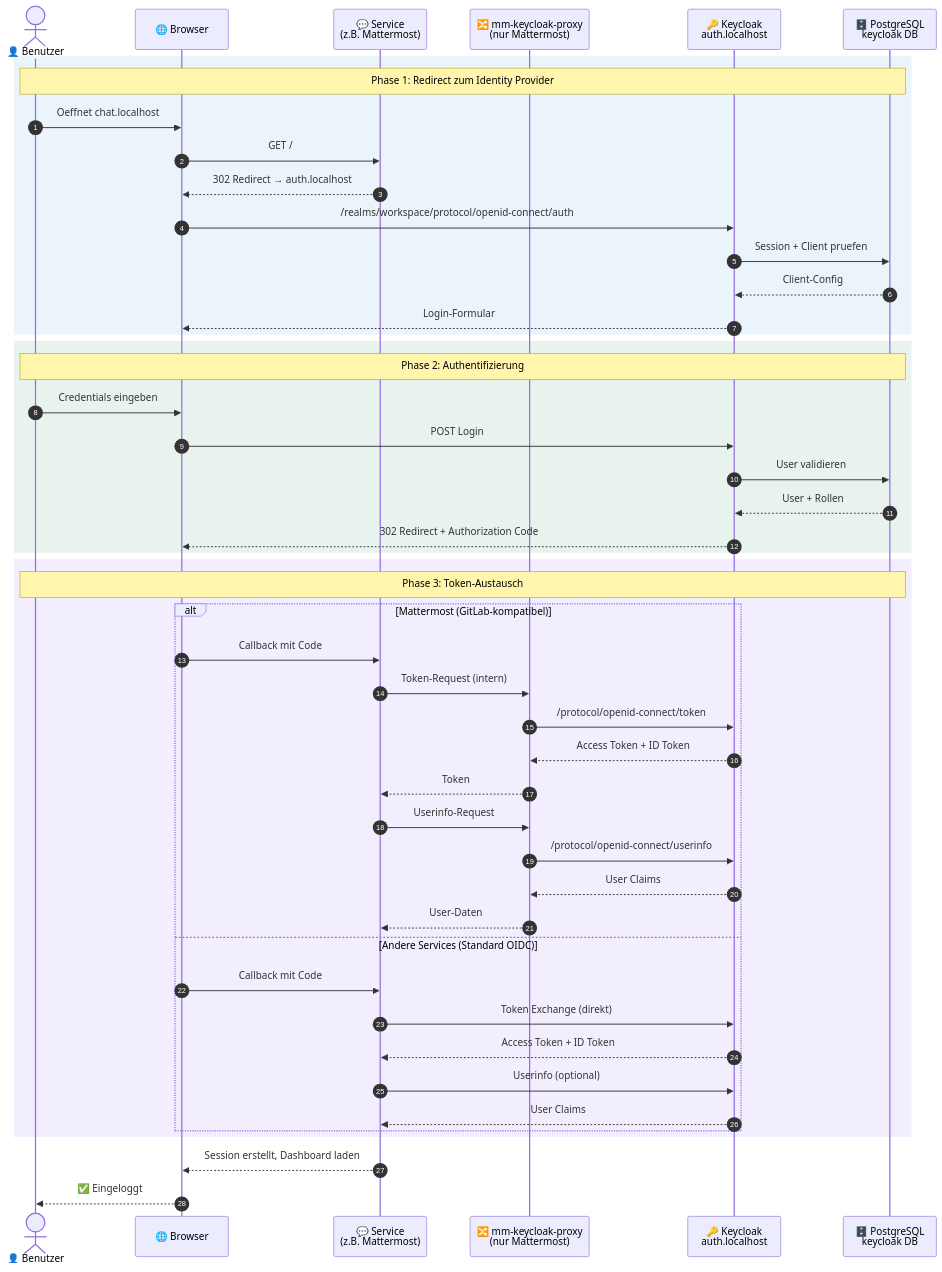
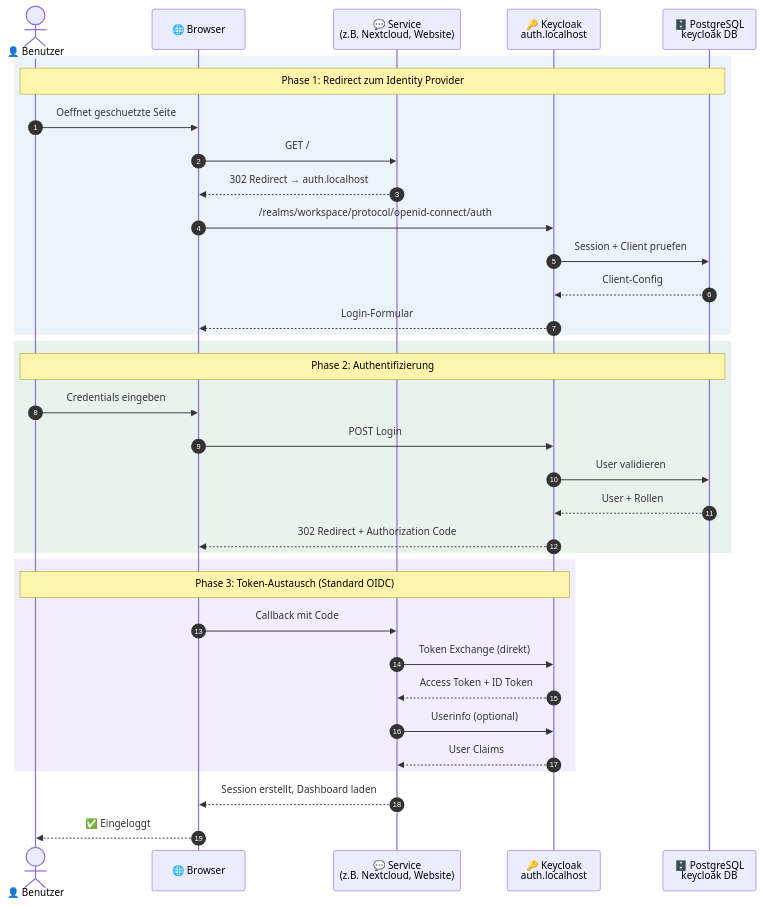
Before and after one commit to Paddione/Bachelorprojekt: the second of 10 diagrams in docs/architecture.md, drawn with Mermaid. The commit also changed other lines of this file and 11 other files, not shown here.

First line of the commit message:
docs: overhaul documentation to reflect current architecture

````diff
--- a/docs/architecture.md
+++ b/docs/architecture.md
@@ -205,55 +178,42 @@
 ```mermaid
 sequenceDiagram
     autonumber
 
     actor User as 👤 Benutzer
     participant Browser as 🌐 Browser
-    participant Service as 💬 Service<br/>(z.B. Mattermost)
-    participant Proxy as 🔀 mm-keycloak-proxy<br/>(nur Mattermost)
+    participant Service as 💬 Service<br/>(z.B. Nextcloud, Website)
     participant KC as 🔑 Keycloak<br/>auth.localhost
     participant DB as 🗄️ PostgreSQL<br/>keycloak DB
 
     rect rgba(74, 144, 217, 0.1)
         Note over User,DB: Phase 1: Redirect zum Identity Provider
-        User ->> Browser: Oeffnet chat.localhost
+        User ->> Browser: Oeffnet geschuetzte Seite
         Browser ->> Service: GET /
         Service -->> Browser: 302 Redirect → auth.localhost
         Browser ->> KC: /realms/workspace/protocol/openid-connect/auth
         KC ->> DB: Session + Client pruefen
         DB -->> KC: Client-Config
         KC -->> Browser: Login-Formular
     end
 
     rect rgba(45, 134, 89, 0.1)
         Note over User,DB: Phase 2: Authentifizierung
         User ->> Browser: Credentials eingeben
         Browser ->> KC: POST Login
         KC ->> DB: User validieren
         DB -->> KC: User + Rollen
         KC -->> Browser: 302 Redirect + Authorization Code
     end
 
     rect rgba(139, 92, 246, 0.1)
-        Note over User,DB: Phase 3: Token-Austausch
-        alt Mattermost (GitLab-kompatibel)
-            Browser ->> Service: Callback mit Code
-            Service ->> Proxy: Token-Request (intern)
-            Proxy ->> KC: /protocol/openid-connect/token
-            KC -->> Proxy: Access Token + ID Token
-            Proxy -->> Service: Token
-            Service ->> Proxy: Userinfo-Request
-            Proxy ->> KC: /protocol/openid-connect/userinfo
-            KC -->> Proxy: User Claims
-            Proxy -->> Service: User-Daten
-        else Andere Services (Standard OIDC)
-            Browser ->> Service: Callback mit Code
-            Service ->> KC: Token Exchange (direkt)
-            KC -->> Service: Access Token + ID Token
-            Service ->> KC: Userinfo (optional)
-            KC -->> Service: User Claims
-        end
+        Note over User,KC: Phase 3: Token-Austausch (Standard OIDC)
+        Browser ->> Service: Callback mit Code
+        Service ->> KC: Token Exchange (direkt)
+        KC -->> Service: Access Token + ID Token
+        Service ->> KC: Userinfo (optional)
+        KC -->> Service: User Claims
     end
 
     Service -->> Browser: Session erstellt, Dashboard laden
     Browser -->> User: ✅ Eingeloggt
 ```
````
